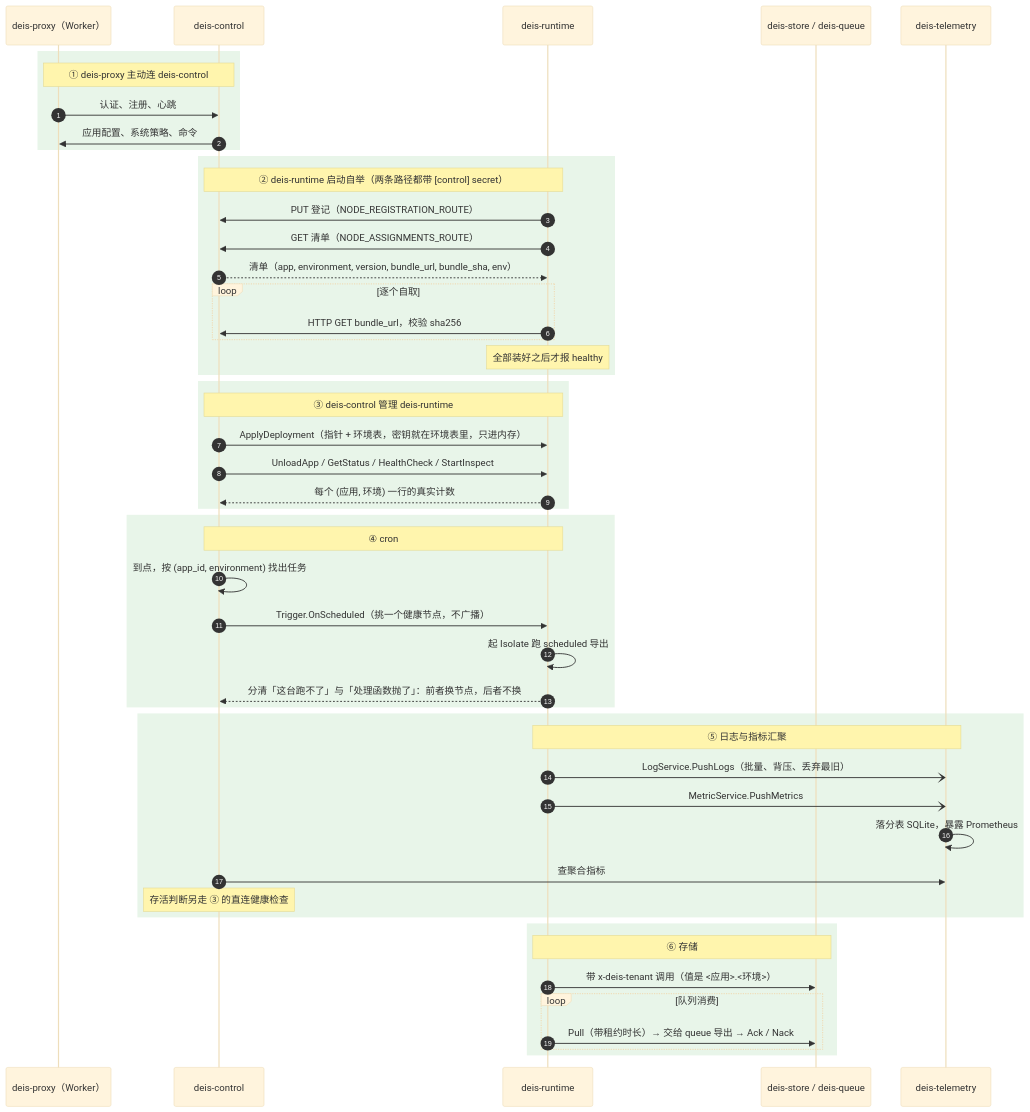
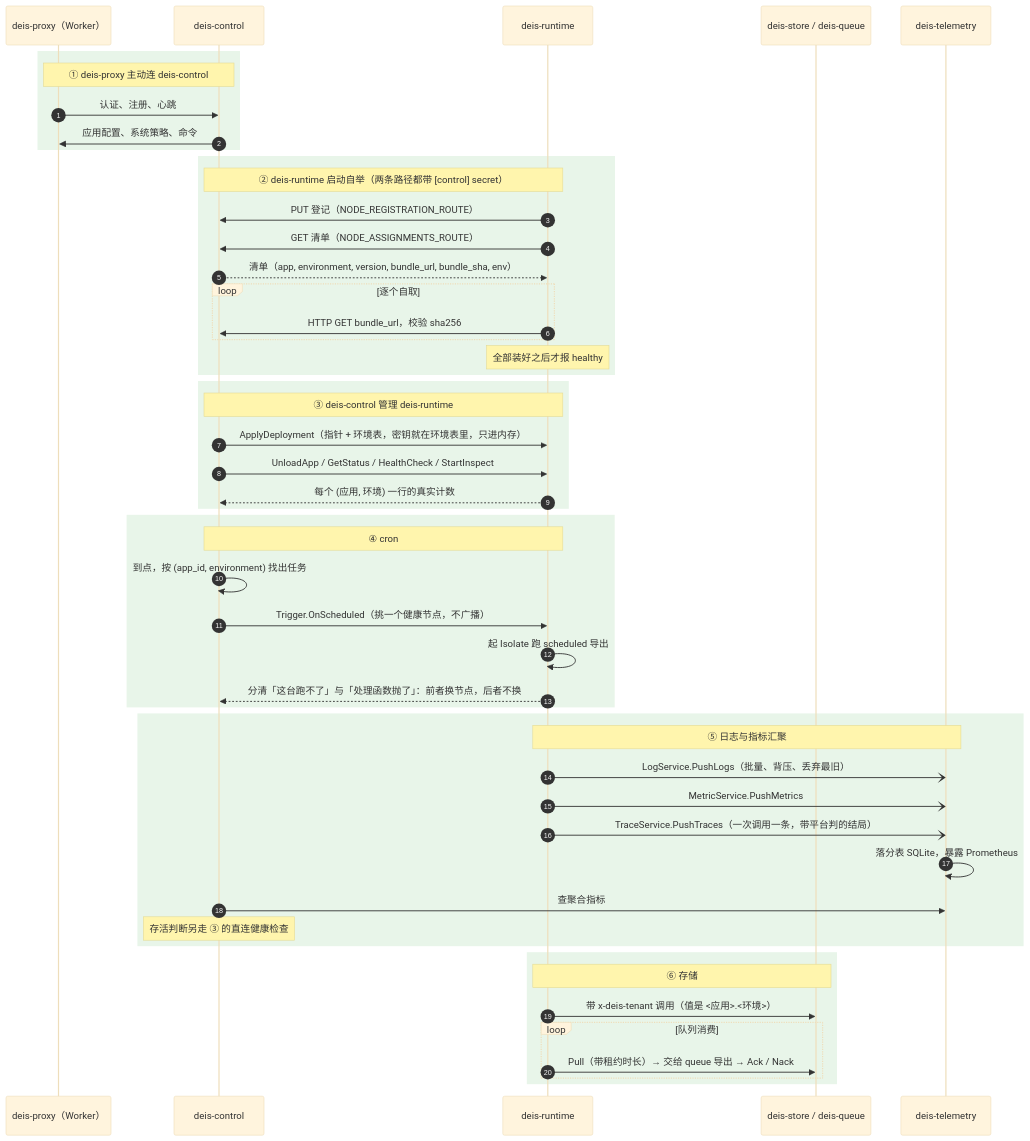
One commit to deislet/deislet changed the fifth of 6 diagrams in docs/architecture.zh.md. Above: the diagram before and after it, drawn with Mermaid (base theme). The commit also changed other lines of this file and 17 other files, not shown here.

````diff
--- a/docs/architecture.zh.md
+++ b/docs/architecture.zh.md
@@ -318,58 +335,59 @@
 ```mermaid
 sequenceDiagram
     autonumber
     participant F as deis-proxy（Worker）
     participant R as deis-control
     participant X as deis-runtime
     participant D as deis-store / deis-queue
     participant L as deis-telemetry
 
     rect rgb(232, 245, 233)
     Note over F,R: ① deis-proxy 主动连 deis-control
     F->>R: 认证、注册、心跳
     R->>F: 应用配置、系统策略、命令
     end
 
     rect rgb(232, 245, 233)
     Note over X,R: ② deis-runtime 启动自举（两条路径都带 [control] secret）
     X->>R: PUT 登记（NODE_REGISTRATION_ROUTE）
     X->>R: GET 清单（NODE_ASSIGNMENTS_ROUTE）
     R-->>X: 清单（app, environment, version, bundle_url, bundle_sha, env）
     loop 逐个自取
         X->>R: HTTP GET bundle_url，校验 sha256
     end
     Note over X: 全部装好之后才报 healthy
     end
 
     rect rgb(232, 245, 233)
     Note over R,X: ③ deis-control 管理 deis-runtime
     R->>X: ApplyDeployment（指针 + 环境表，密钥就在环境表里，只进内存）
     R->>X: UnloadApp / GetStatus / HealthCheck / StartInspect
     X-->>R: 每个 (应用, 环境) 一行的真实计数
     end
 
     rect rgb(232, 245, 233)
     Note over R,X: ④ cron
     R->>R: 到点，按 (app_id, environment) 找出任务
     R->>X: Trigger.OnScheduled（挑一个健康节点，不广播）
     X->>X: 起 Isolate 跑 scheduled 导出
     X-->>R: 分清「这台跑不了」与「处理函数抛了」：前者换节点，后者不换
     end
 
     rect rgb(232, 245, 233)
     Note over X,L: ⑤ 日志与指标汇聚
     X-)L: LogService.PushLogs（批量、背压、丢弃最旧）
     X-)L: MetricService.PushMetrics
+    X-)L: TraceService.PushTraces（一次调用一条，带平台判的结局）
     L->>L: 落分表 SQLite，暴露 Prometheus
     R->>L: 查聚合指标
     Note over R: 存活判断另走 ③ 的直连健康检查
     end
 
     rect rgb(232, 245, 233)
     Note over X,D: ⑥ 存储
     X->>D: 带 x-deis-tenant 调用（值是 <应用>.<环境>）
     loop 队列消费
         X->>D: Pull（带租约时长）→ 交给 queue 导出 → Ack / Nack
     end
     end
 ```
````
